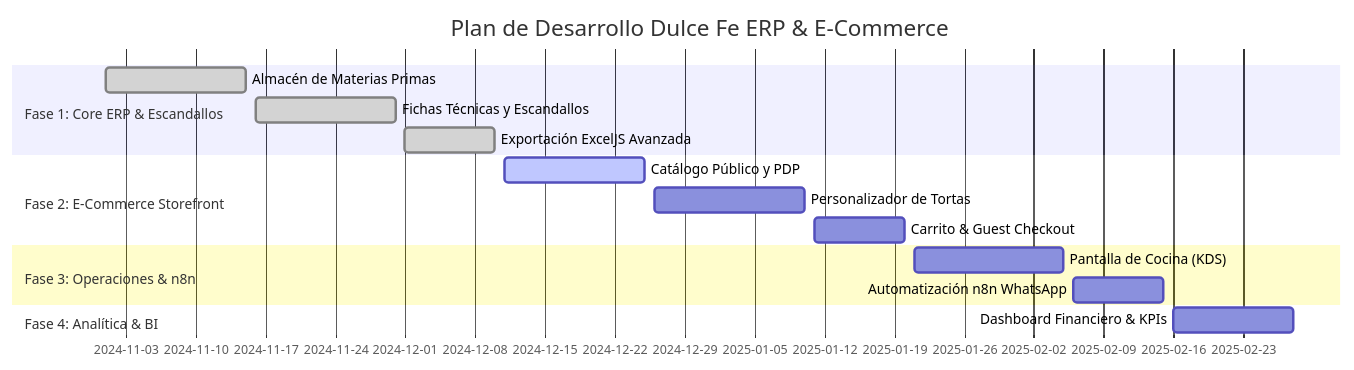
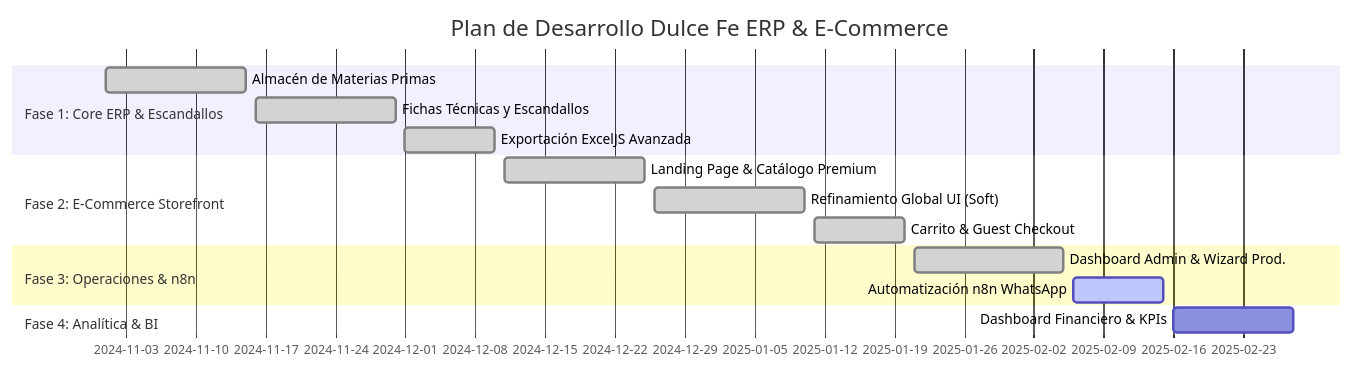
The diagram in docs/plan-maestro.md (Proyecto-Postre/Fullstack-dulcefe), drawn with Mermaid before and after one commit. The commit also changed other lines of this file and 3 other files, not shown here.

````diff
--- a/docs/plan-maestro.md
+++ b/docs/plan-maestro.md
@@ -250,18 +272,18 @@
 ```mermaid
 gantt
     title Plan de Desarrollo Dulce Fe ERP & E-Commerce
     dateFormat  YYYY-MM-DD
     section Fase 1: Core ERP & Escandallos
     Almacén de Materias Primas       :done,    des1, 2024-11-01, 2024-11-15
     Fichas Técnicas y Escandallos    :done,    des2, 2024-11-16, 2024-11-30
     Exportación ExcelJS Avanzada     :done,    des3, 2024-12-01, 2024-12-10
     section Fase 2: E-Commerce Storefront
-    Catálogo Público y PDP           :active,  des4, 2024-12-11, 2024-12-25
-    Personalizador de Tortas         :         des5, 2024-12-26, 2025-01-10
-    Carrito & Guest Checkout         :         des6, 2025-01-11, 2025-01-20
+    Landing Page & Catálogo Premium  :done,    des4, 2024-12-11, 2024-12-25
+    Refinamiento Global UI (Soft)    :done,    des5, 2024-12-26, 2025-01-10
+    Carrito & Guest Checkout         :done,    des6, 2025-01-11, 2025-01-20
     section Fase 3: Operaciones & n8n
-    Pantalla de Cocina (KDS)         :         des7, 2025-01-21, 2025-02-05
-    Automatización n8n WhatsApp      :         des8, 2025-02-06, 2025-02-15
+    Dashboard Admin & Wizard Prod.   :done,    des7, 2025-01-21, 2025-02-05
+    Automatización n8n WhatsApp      :active,  des8, 2025-02-06, 2025-02-15
     section Fase 4: Analítica & BI
     Dashboard Financiero & KPIs      :         des9, 2025-02-16, 2025-02-28
 ```
````
